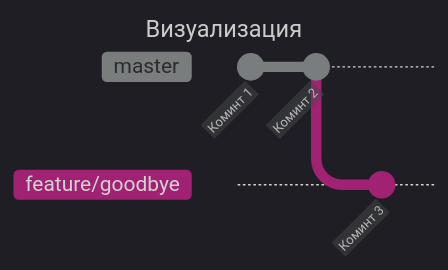
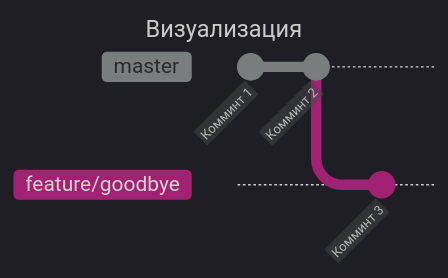
The third of 11 diagrams in docs/Глава 2/2.2 Пример работы с локальным Git.md (PWFoox/PWFoox_Wiki), drawn with Mermaid before and after one commit. The commit also changed other lines of this file and 9 other files, not shown here.

````diff
--- a/docs/Глава 2/2.2 Пример работы с локальным Git.md
+++ b/docs/Глава 2/2.2 Пример работы с локальным Git.md
@@ -160,12 +160,12 @@
 ```mermaid
 ---
 title: Визуализация
 ---
 %%{init: {'gitGraph':{'mainBranchName': 'master'}, 'theme': 'dark'}}%%
 gitGraph
-   commit id: "Коминт 1"
-   commit id: "Коминт 2"
+   commit id: "Комминт 1"
+   commit id: "Комминт 2"
    branch feature/goodbye
    checkout feature/goodbye
-   commit id: "Коминт 3"
+   commit id: "Комминт 3"
 ```
````
